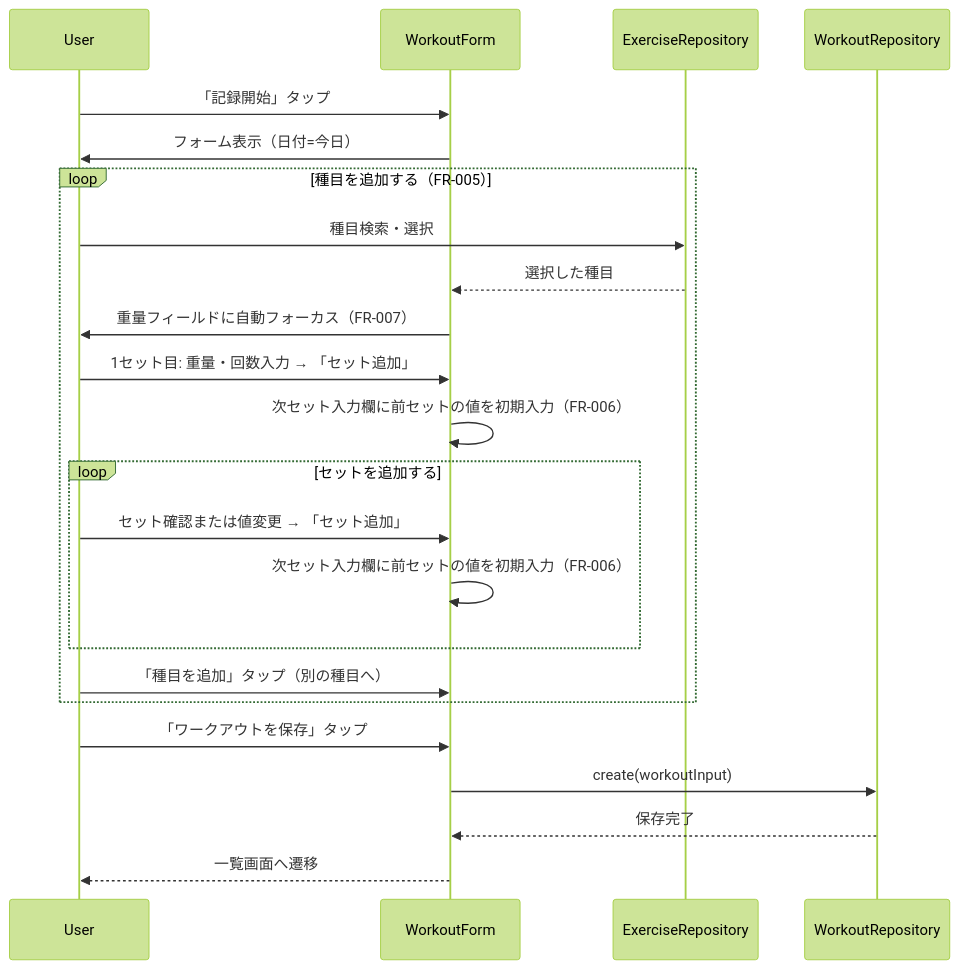
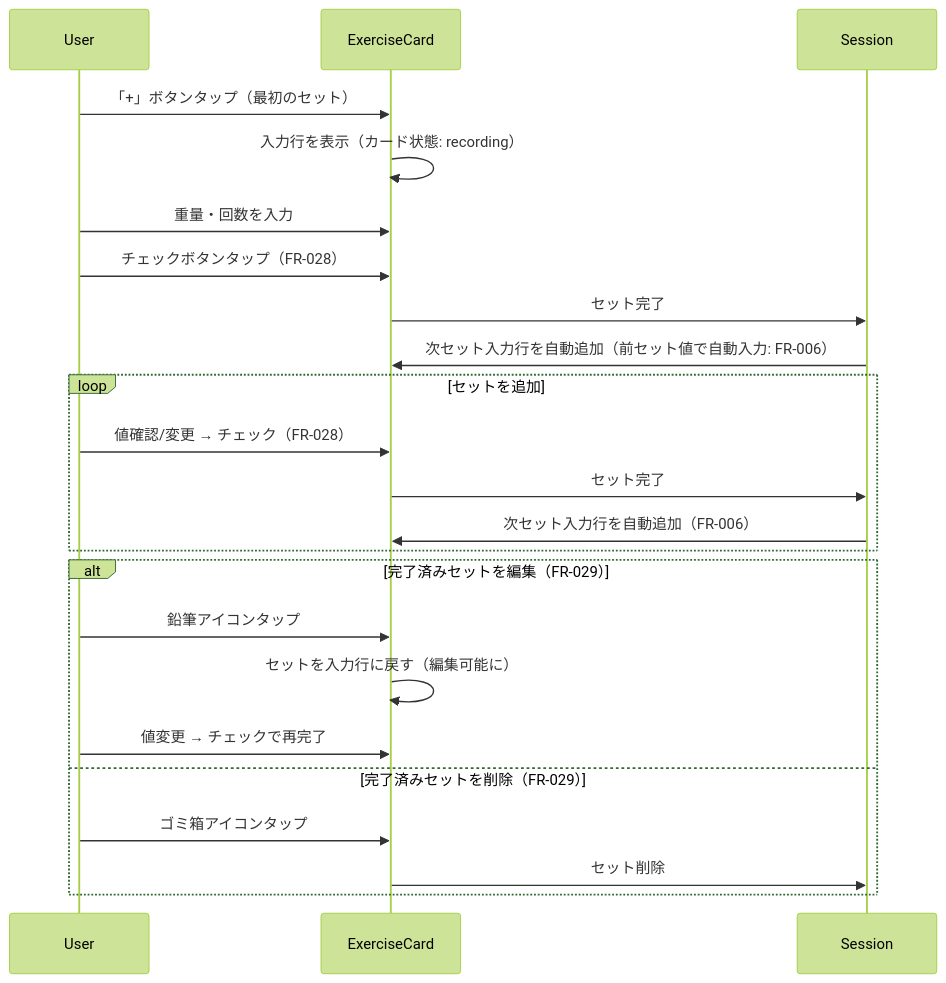
The third of 4 diagrams in .sdd/specification/workout/index_spec.md (SakumaTakuya/gymini), drawn with Mermaid (forest theme) before and after one commit. The commit also changed other lines of this file, not shown here.

````diff
--- a/.sdd/specification/workout/index_spec.md
+++ b/.sdd/specification/workout/index_spec.md
@@ -161,31 +235,29 @@
 ```mermaid
 sequenceDiagram
     participant User
-    participant WorkoutForm
-    participant ExerciseRepository
-    participant WorkoutRepository
+    participant ExerciseCard
+    participant Session
 
-    User->>WorkoutForm: 「記録開始」タップ
-    WorkoutForm->>User: フォーム表示（日付=今日）
+    User->>ExerciseCard: 「+」ボタンタップ（最初のセット）
+    ExerciseCard->>ExerciseCard: 入力行を表示（カード状態: recording）
 
-    loop 種目を追加する（FR-005）
-        User->>ExerciseRepository: 種目検索・選択
-        ExerciseRepository-->>WorkoutForm: 選択した種目
-        WorkoutForm->>User: 重量フィールドに自動フォーカス（FR-007）
+    User->>ExerciseCard: 重量・回数を入力
+    User->>ExerciseCard: チェックボタンタップ（FR-028）
+    ExerciseCard->>Session: セット完了
+    Session->>ExerciseCard: 次セット入力行を自動追加（前セット値で自動入力: FR-006）
 
-        User->>WorkoutForm: 1セット目: 重量・回数入力 → 「セット追加」
-        WorkoutForm->>WorkoutForm: 次セット入力欄に前セットの値を初期入力（FR-006）
-
-        loop セットを追加する
-            User->>WorkoutForm: セット確認または値変更 → 「セット追加」
-            WorkoutForm->>WorkoutForm: 次セット入力欄に前セットの値を初期入力（FR-006）
-        end
-
-        User->>WorkoutForm: 「種目を追加」タップ（別の種目へ）
+    loop セットを追加
+        User->>ExerciseCard: 値確認/変更 → チェック（FR-028）
+        ExerciseCard->>Session: セット完了
+        Session->>ExerciseCard: 次セット入力行を自動追加（FR-006）
     end
 
-    User->>WorkoutForm: 「ワークアウトを保存」タップ
-    WorkoutForm->>WorkoutRepository: create(workoutInput)
-    WorkoutRepository-->>WorkoutForm: 保存完了
-    WorkoutForm-->>User: 一覧画面へ遷移
+    alt 完了済みセットを編集（FR-029）
+        User->>ExerciseCard: 鉛筆アイコンタップ
+        ExerciseCard->>ExerciseCard: セットを入力行に戻す（編集可能に）
+        User->>ExerciseCard: 値変更 → チェックで再完了
+    else 完了済みセットを削除（FR-029）
+        User->>ExerciseCard: ゴミ箱アイコンタップ
+        ExerciseCard->>Session: セット削除
+    end
 ```
````
